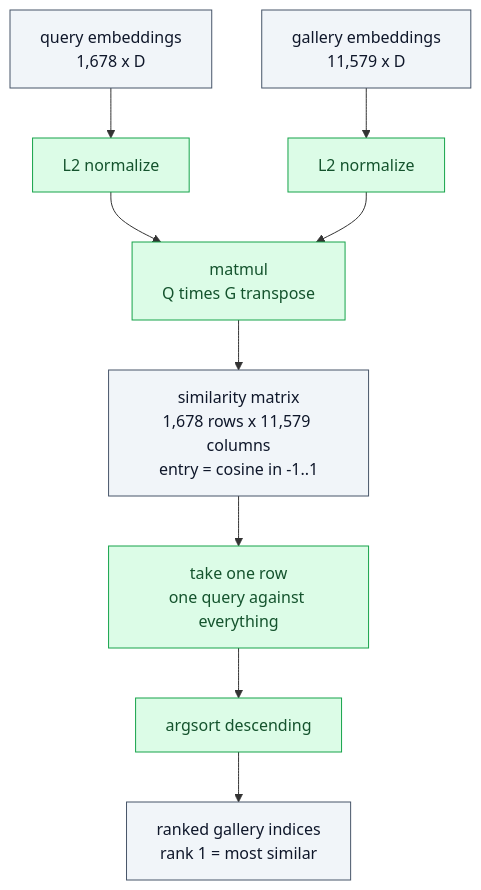
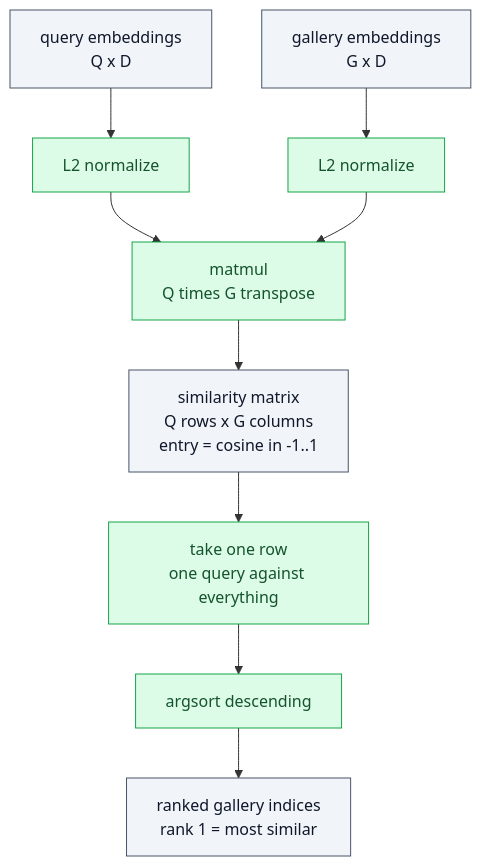
One commit to karolmajek/torment-nexus changed the fourth of 11 diagrams in docs/gallery-and-evaluation-kb.md. Above: the diagram before and after it, drawn with Mermaid. The commit also changed other lines of this file and 29 other files, not shown here.

````diff
--- a/docs/gallery-and-evaluation-kb.md
+++ b/docs/gallery-and-evaluation-kb.md
@@ -136,16 +140,16 @@
 ```mermaid
 flowchart TD
-    Q["query embeddings<br/>1,678 x D"] --> N1["L2 normalize"]
-    G["gallery embeddings<br/>11,579 x D"] --> N2["L2 normalize"]
+    Q["query embeddings<br/>Q x D"] --> N1["L2 normalize"]
+    G["gallery embeddings<br/>G x D"] --> N2["L2 normalize"]
     N1 --> MM["matmul<br/>Q times G transpose"]
     N2 --> MM
-    MM --> SIM["similarity matrix<br/>1,678 rows x 11,579 columns<br/>entry = cosine in -1..1"]
+    MM --> SIM["similarity matrix<br/>Q rows x G columns<br/>entry = cosine in -1..1"]
     SIM --> ROW["take one row<br/>one query against everything"]
     ROW --> SORT["argsort descending"]
     SORT --> RANKED["ranked gallery indices<br/>rank 1 = most similar"]
 
     classDef d fill:#f1f5f9,stroke:#475569,color:#0f172a
     classDef a fill:#dcfce7,stroke:#16a34a,color:#14532d
     class Q,G,SIM,RANKED d
     class N1,N2,MM,ROW,SORT a
 ```
````
